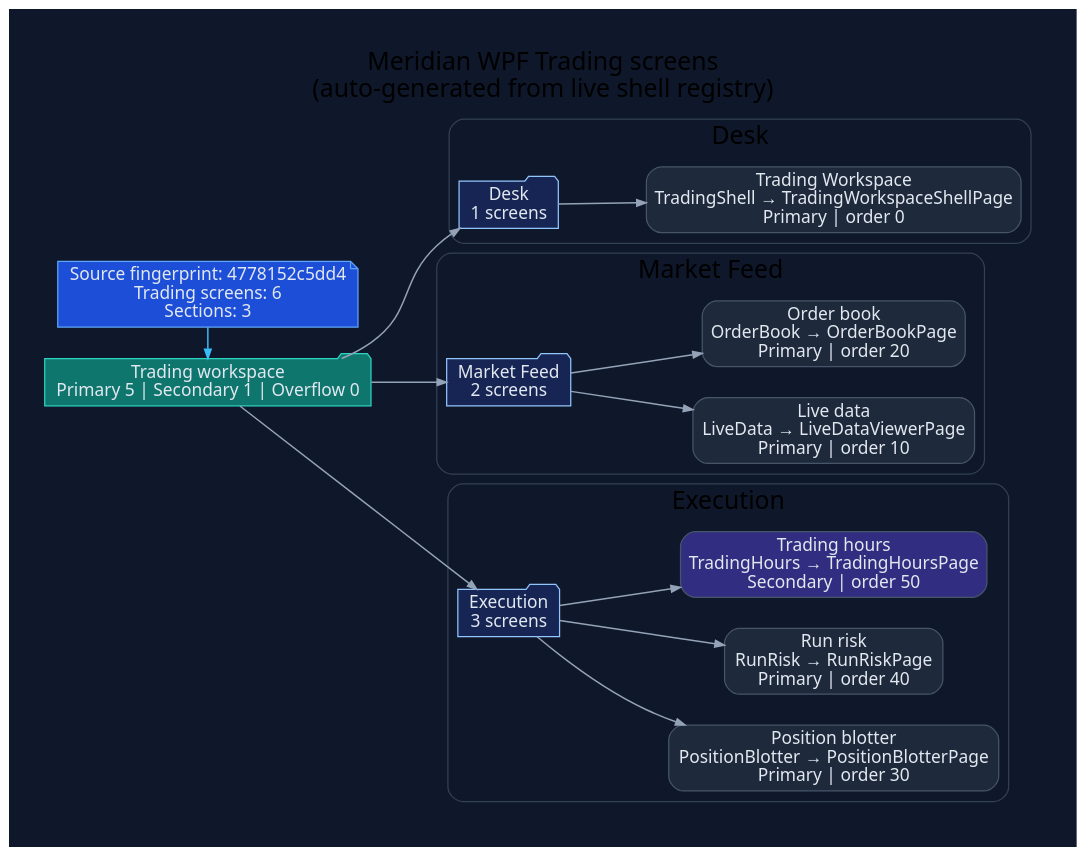
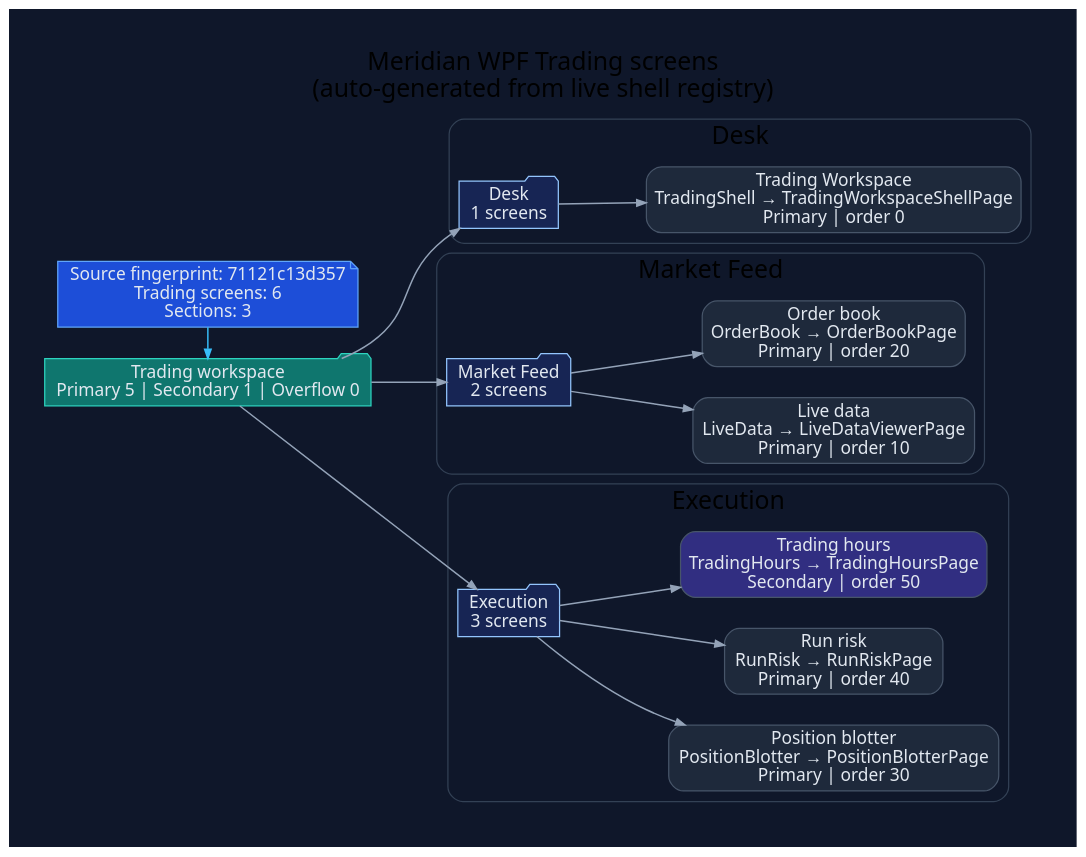
The diagram in docs/diagrams/ui-wpf-screens-trading.dot (rodoHasArrived/Meridian-main), drawn with Graphviz before and after one commit. The commit also changed 181 other files, not shown here.

```diff
--- a/docs/diagrams/ui-wpf-screens-trading.dot
+++ b/docs/diagrams/ui-wpf-screens-trading.dot
@@ -1,62 +1,62 @@
 // -----------------------------------------------------------------------------
 // <auto-generated>
 // Generated by scripts/generate-diagrams.mjs.
 // Do not edit this file directly; update the WPF source files instead.
 // -----------------------------------------------------------------------------
 digraph WpfTradingScreens {
   graph [
     rankdir=LR,
     labelloc=t,
     label="Meridian WPF Trading screens\n(auto-generated from live shell registry)",
     fontname="Segoe UI",
     fontsize=20,
     pad=0.4,
     nodesep=0.35,
     ranksep=0.85,
     bgcolor="#0f172a"
   ];
   node [fontname="Segoe UI", shape=box, style="rounded,filled", color="#475569", fontcolor="#e2e8f0", fillcolor="#1e293b"];
   edge [fontname="Segoe UI", color="#94a3b8", penwidth=1.2, arrowsize=0.75];
 
-  generated [shape=note, fillcolor="#1d4ed8", color="#60a5fa", label="Source fingerprint: 4778152c5dd4\nTrading screens: 6\nSections: 3"];
+  generated [shape=note, fillcolor="#1d4ed8", color="#60a5fa", label="Source fingerprint: 71121c13d357\nTrading screens: 6\nSections: 3"];
   workspace [shape=folder, fillcolor="#0f766e", color="#2dd4bf", label="Trading workspace\nPrimary 5 | Secondary 1 | Overflow 0"];
   generated -> workspace [color="#38bdf8"];
 
   subgraph cluster_section_1 {
     label="Desk";
     color="#334155";
     style="rounded";
     section_1 [shape=folder, fillcolor="#172554", color="#93c5fd", label="Desk\n1 screens"];
     workspace -> section_1;
     screen_TradingShell [fillcolor="#1e293b", label="Trading Workspace\nTradingShell → TradingWorkspaceShellPage\nPrimary | order 0"];
     section_1 -> screen_TradingShell;
   }
 
   subgraph cluster_section_2 {
     label="Market Feed";
     color="#334155";
     style="rounded";
     section_2 [shape=folder, fillcolor="#172554", color="#93c5fd", label="Market Feed\n2 screens"];
     workspace -> section_2;
     screen_LiveData [fillcolor="#1e293b", label="Live data\nLiveData → LiveDataViewerPage\nPrimary | order 10"];
     section_2 -> screen_LiveData;
     screen_OrderBook [fillcolor="#1e293b", label="Order book\nOrderBook → OrderBookPage\nPrimary | order 20"];
     section_2 -> screen_OrderBook;
   }
 
   subgraph cluster_section_3 {
     label="Execution";
     color="#334155";
     style="rounded";
     section_3 [shape=folder, fillcolor="#172554", color="#93c5fd", label="Execution\n3 screens"];
     workspace -> section_3;
     screen_PositionBlotter [fillcolor="#1e293b", label="Position blotter\nPositionBlotter → PositionBlotterPage\nPrimary | order 30"];
     section_3 -> screen_PositionBlotter;
     screen_RunRisk [fillcolor="#1e293b", label="Run risk\nRunRisk → RunRiskPage\nPrimary | order 40"];
     section_3 -> screen_RunRisk;
     screen_TradingHours [fillcolor="#312e81", label="Trading hours\nTradingHours → TradingHoursPage\nSecondary | order 50"];
     section_3 -> screen_TradingHours;
   }
 
   { rank=min; generated; workspace; }
 }
```
